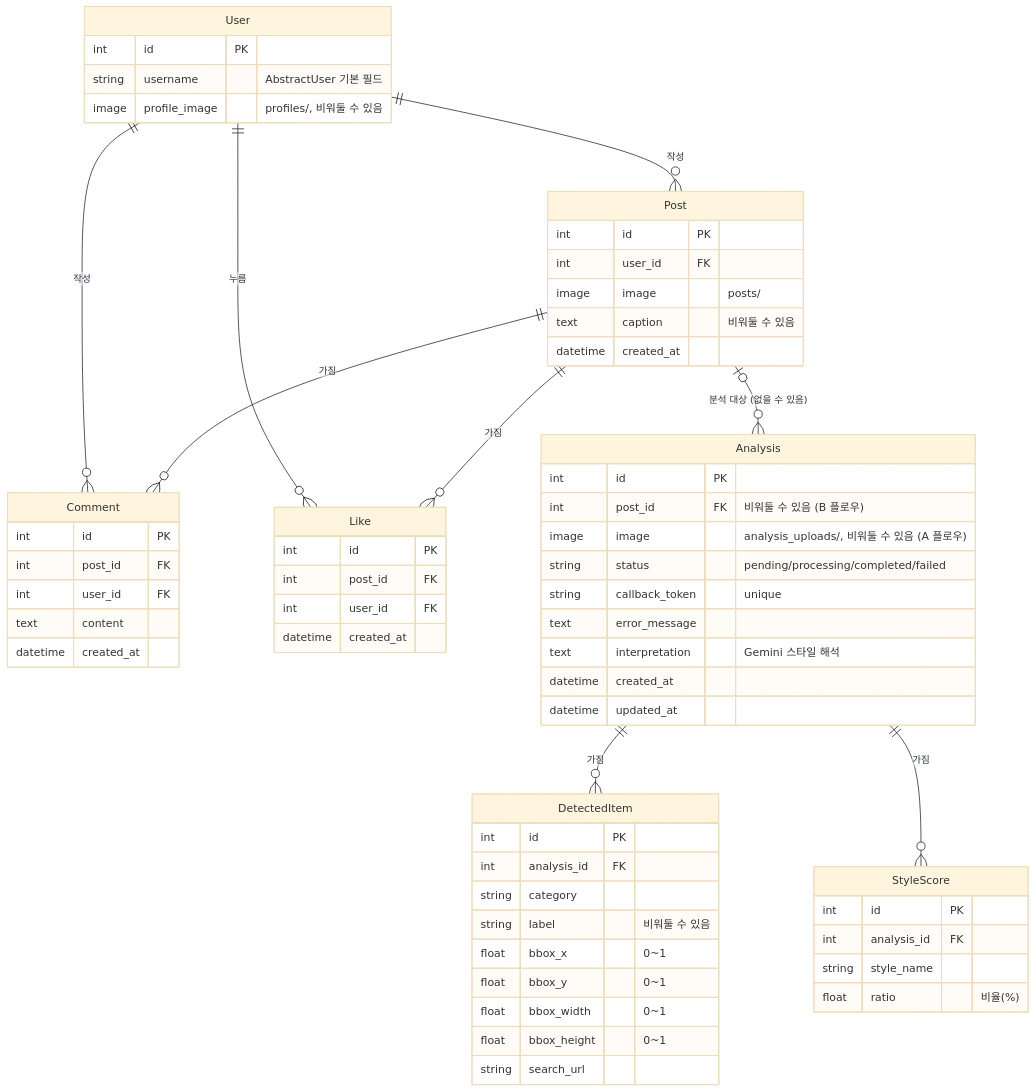
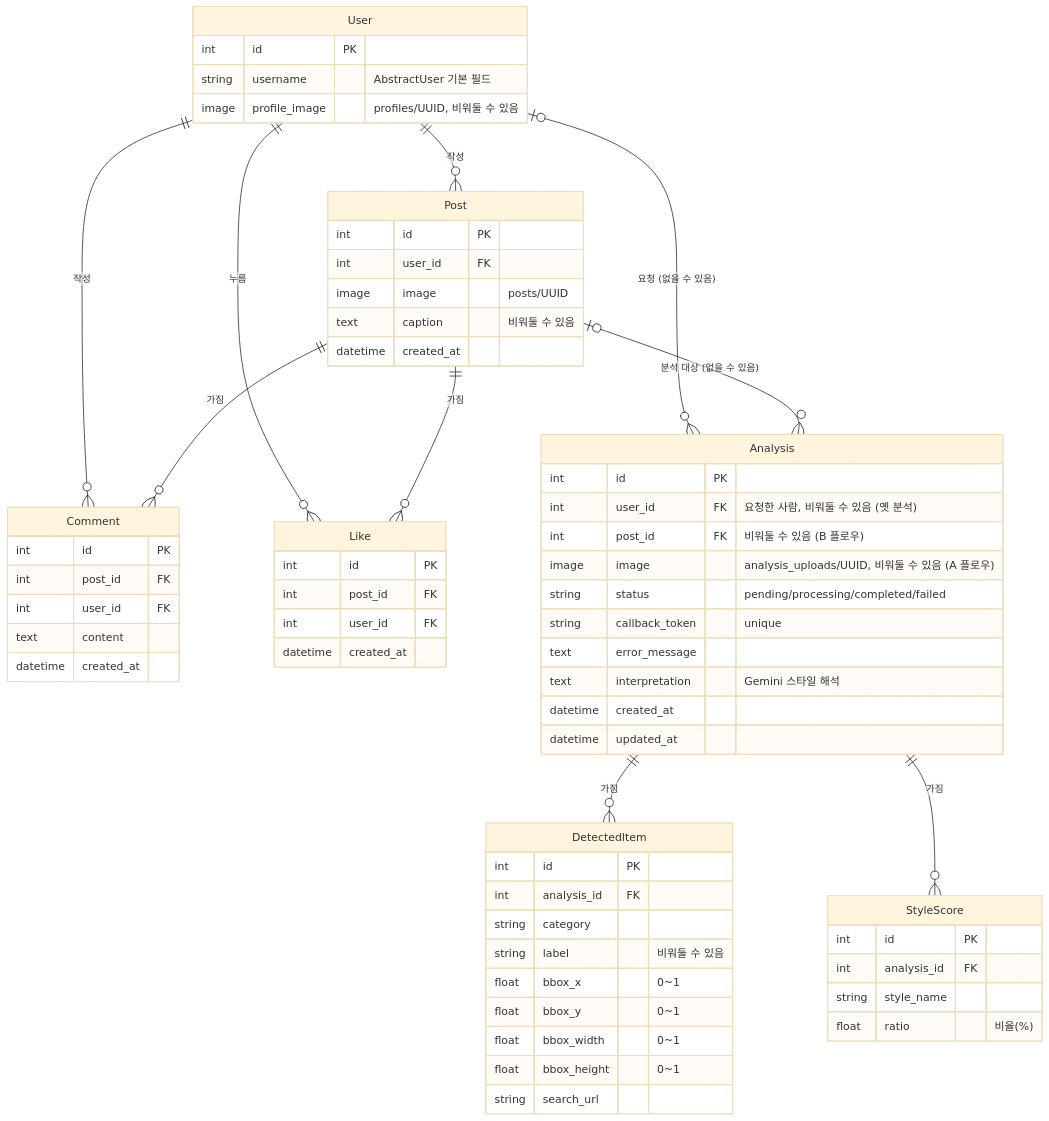
One commit to dbst0508-beep/mini_pro_MV changed the diagram in docs/erd.md. Above: the diagram before and after it, drawn with Mermaid (base theme). The commit also changed other lines of this file and 13 other files, not shown here.

````diff
--- a/docs/erd.md
+++ b/docs/erd.md
@@ -5,65 +5,67 @@
 ```mermaid
 erDiagram
     User ||--o{ Post : "작성"
     User ||--o{ Comment : "작성"
     User ||--o{ Like : "누름"
+    User |o--o{ Analysis : "요청 (없을 수 있음)"
     Post ||--o{ Comment : "가짐"
     Post ||--o{ Like : "가짐"
     Post |o--o{ Analysis : "분석 대상 (없을 수 있음)"
     Analysis ||--o{ DetectedItem : "가짐"
     Analysis ||--o{ StyleScore : "가짐"
 
     User {
         int id PK
         string username "AbstractUser 기본 필드"
-        image profile_image "profiles/, 비워둘 수 있음"
+        image profile_image "profiles/UUID, 비워둘 수 있음"
     }
     Post {
         int id PK
         int user_id FK
-        image image "posts/"
+        image image "posts/UUID"
         text caption "비워둘 수 있음"
         datetime created_at
     }
     Comment {
         int id PK
         int post_id FK
         int user_id FK
         text content
         datetime created_at
     }
     Like {
         int id PK
         int post_id FK
         int user_id FK
         datetime created_at
     }
     Analysis {
         int id PK
+        int user_id FK "요청한 사람, 비워둘 수 있음 (옛 분석)"
         int post_id FK "비워둘 수 있음 (B 플로우)"
-        image image "analysis_uploads/, 비워둘 수 있음 (A 플로우)"
+        image image "analysis_uploads/UUID, 비워둘 수 있음 (A 플로우)"
         string status "pending/processing/completed/failed"
         string callback_token "unique"
         text error_message
         text interpretation "Gemini 스타일 해석"
         datetime created_at
         datetime updated_at
     }
     DetectedItem {
         int id PK
         int analysis_id FK
         string category
         string label "비워둘 수 있음"
         float bbox_x "0~1"
         float bbox_y "0~1"
         float bbox_width "0~1"
         float bbox_height "0~1"
         string search_url
     }
     StyleScore {
         int id PK
         int analysis_id FK
         string style_name
         float ratio "비율(%)"
     }
 ```
````
